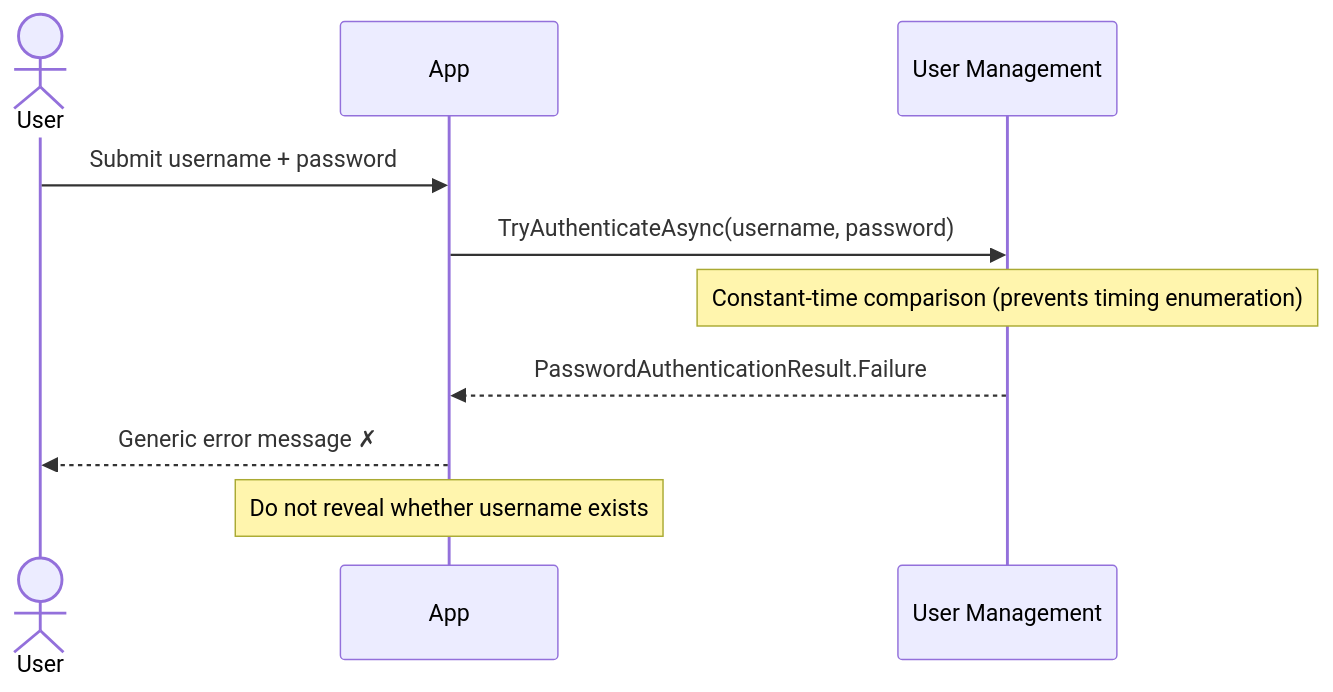
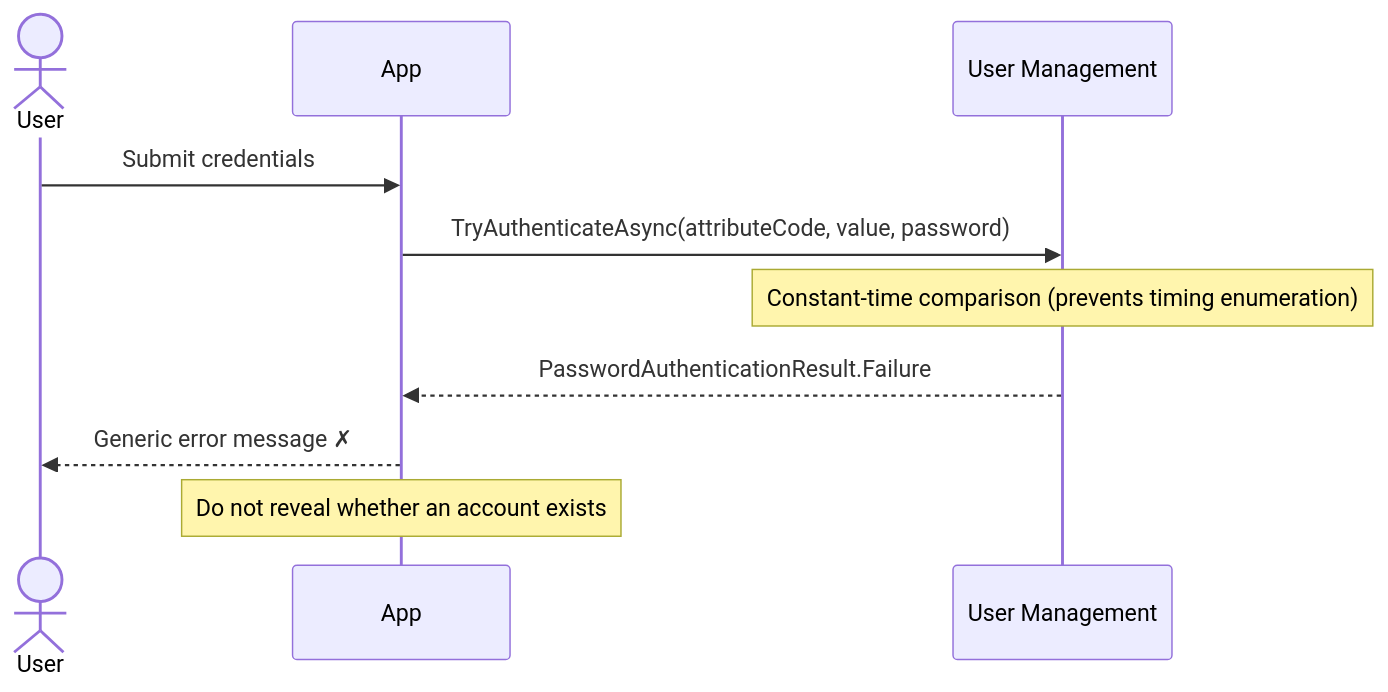
The second of 2 diagrams in astro/src/content/docs/identityserver/usermanagement/authentication/passwords.mdx (DuendeSoftware/docs.duendesoftware.com), drawn with Mermaid before and after one commit. The commit also changed other lines of this file and 10 other files, not shown here.

````diff
--- a/astro/src/content/docs/identityserver/usermanagement/authentication/passwords.mdx
+++ b/astro/src/content/docs/identityserver/usermanagement/authentication/passwords.mdx
@@ -359,13 +347,13 @@
 ```mermaid
 sequenceDiagram
     actor User
     participant App
     participant UserManagement as User Management
 
-    User->>App: Submit username + password
-    App->>UserManagement: TryAuthenticateAsync(username, password)
+    User->>App: Submit credentials
+    App->>UserManagement: TryAuthenticateAsync(attributeCode, value, password)
     Note over UserManagement: Constant-time comparison (prevents timing enumeration)
     UserManagement-->>App: PasswordAuthenticationResult.Failure
     App-->>User: Generic error message ✗
-    Note over App: Do not reveal whether username exists
+    Note over App: Do not reveal whether an account exists
 ```
````
